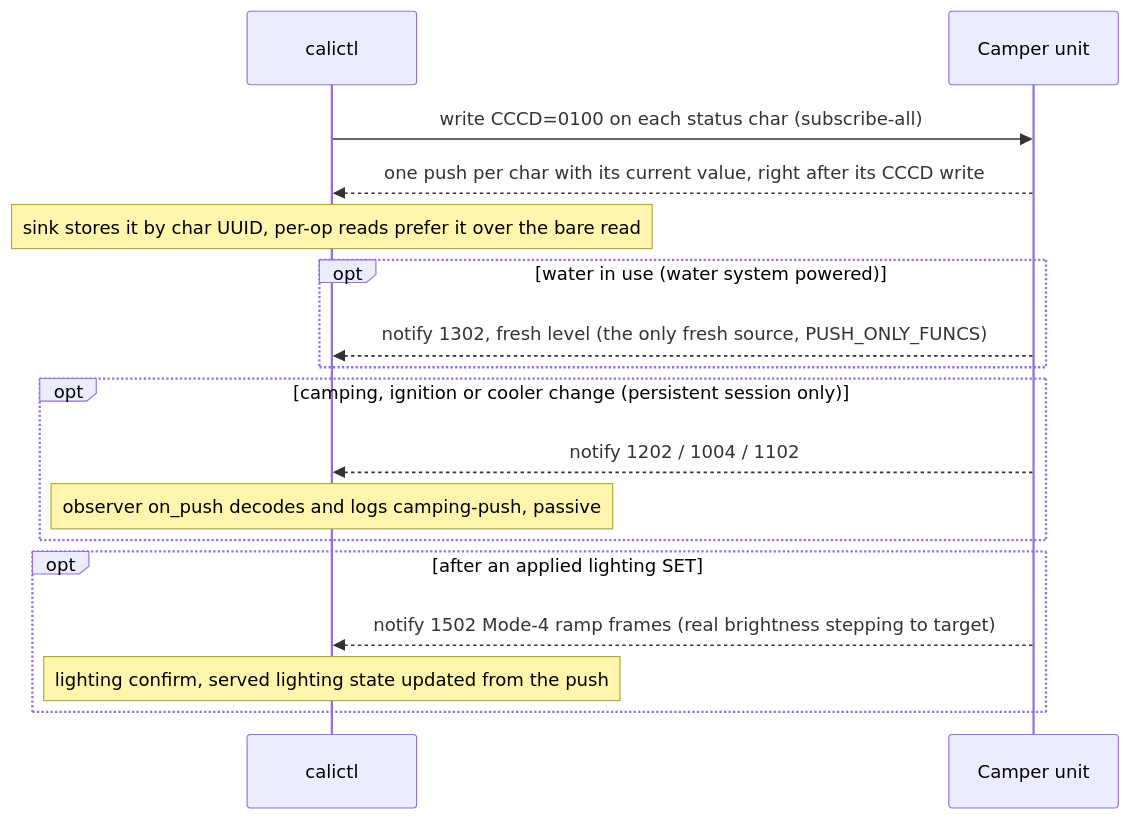
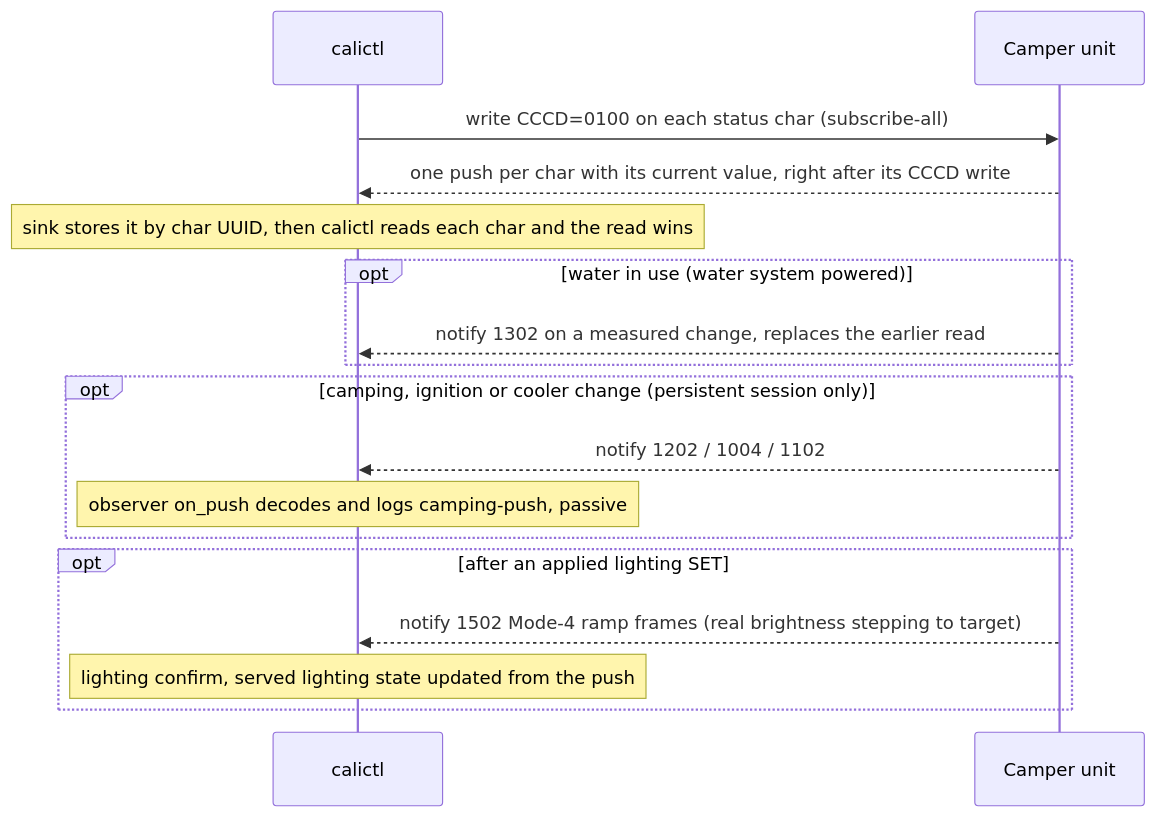
One commit to ckeller42/open-california changed the third of 10 diagrams in docs/protocol-sequences.rst. Above: the diagram before and after it, drawn with Mermaid. The commit also changed other lines of this file and 9 other files, not shown here.

First line of the commit message:
device: read water after subscribing, last frame wins (app order)

```diff
--- a/docs/protocol-sequences.rst
+++ b/docs/protocol-sequences.rst
@@ -303,19 +305,19 @@
 .. mermaid::
 
     sequenceDiagram
         participant C as calictl
         participant U as Camper unit
         C->>U: write CCCD=0100 on each status char (subscribe-all)
         U-->>C: one push per char with its current value, right after its CCCD write
-        Note over C: sink stores it by char UUID, per-op reads prefer it over the bare read
+        Note over C: sink stores it by char UUID, then calictl reads each char and the read wins
         opt water in use (water system powered)
-            U-->>C: notify 1302, fresh level (the only fresh source, PUSH_ONLY_FUNCS)
+            U-->>C: notify 1302 on a measured change, replaces the earlier read
         end
         opt camping, ignition or cooler change (persistent session only)
             U-->>C: notify 1202 / 1004 / 1102
             Note over C: observer on_push decodes and logs camping-push, passive
         end
         opt after an applied lighting SET
             U-->>C: notify 1502 Mode-4 ramp frames (real brightness stepping to target)
             Note over C: lighting confirm, served lighting state updated from the push
         end
```
